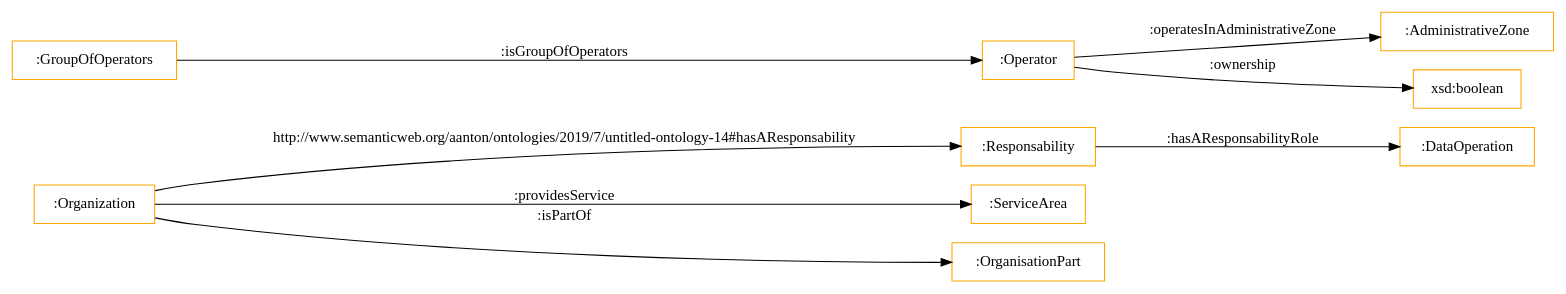
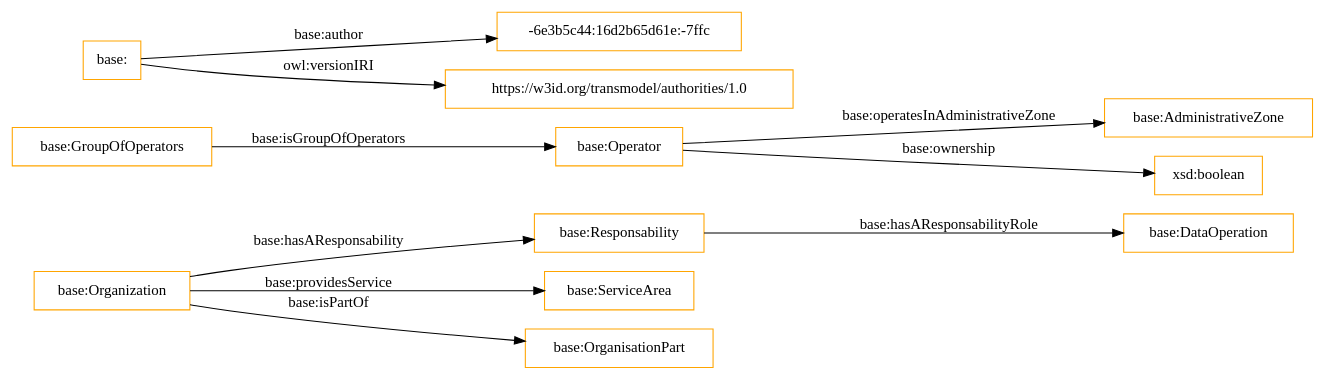
One commit to oeg-upm/transmodel-ontology changed the diagram in OnToology/ontology/tm-authorities.owl/diagrams/ar2dtool-class/tm-authorities.owl.png.dot. Above: the diagram before and after it, drawn with Graphviz. The commit also changed 58 other files, not shown here.

```diff
--- a/OnToology/ontology/tm-authorities.owl/diagrams/ar2dtool-class/tm-authorities.owl.png.dot
+++ b/OnToology/ontology/tm-authorities.owl/diagrams/ar2dtool-class/tm-authorities.owl.png.dot
@@ -1,13 +1,15 @@
 digraph ar2dtool_diagram { 
 rankdir=LR;
 size="1501"
-node [shape = rectangle, color="orange"]; ":Responsability" ":ServiceArea" ":Organization" ":AdministrativeZone" ":OrganisationPart" ":GroupOfOperators" ":Operator" ; /*classes style*/
-	":Operator" -> ":AdministrativeZone" [ label = ":operatesInAdministrativeZone" ];
-	":Organization" -> ":ServiceArea" [ label = ":providesService" ];
-	":Operator" -> "xsd:boolean" [ label = ":ownership" ];
-	":Responsability" -> ":DataOperation" [ label = ":hasAResponsabilityRole" ];
-	":Organization" -> ":OrganisationPart" [ label = ":isPartOf" ];
-	":GroupOfOperators" -> ":Operator" [ label = ":isGroupOfOperators" ];
-	":Organization" -> ":Responsability" [ label = "http://www.semanticweb.org/aanton/ontologies/2019/7/untitled-ontology-14#hasAResponsability" ];
+node [shape = rectangle, color="orange"]; "base:Responsability" "base:ServiceArea" "base:Organization" "base:DataOperation" "base:OrganisationPart" "base:AdministrativeZone" "base:GroupOfOperators" "base:Operator" ; /*classes style*/
+	"base:" -> "-6e3b5c44:16d2b65d61e:-7ffc" [ label = "base:author" ];
+	"base:" -> "https://w3id.org/transmodel/authorities/1.0" [ label = "owl:versionIRI" ];
+	"base:Operator" -> "base:AdministrativeZone" [ label = "base:operatesInAdministrativeZone" ];
+	"base:Organization" -> "base:ServiceArea" [ label = "base:providesService" ];
+	"base:Operator" -> "xsd:boolean" [ label = "base:ownership" ];
+	"base:Organization" -> "base:Responsability" [ label = "base:hasAResponsability" ];
+	"base:Responsability" -> "base:DataOperation" [ label = "base:hasAResponsabilityRole" ];
+	"base:Organization" -> "base:OrganisationPart" [ label = "base:isPartOf" ];
+	"base:GroupOfOperators" -> "base:Operator" [ label = "base:isGroupOfOperators" ];
 
 }
```
